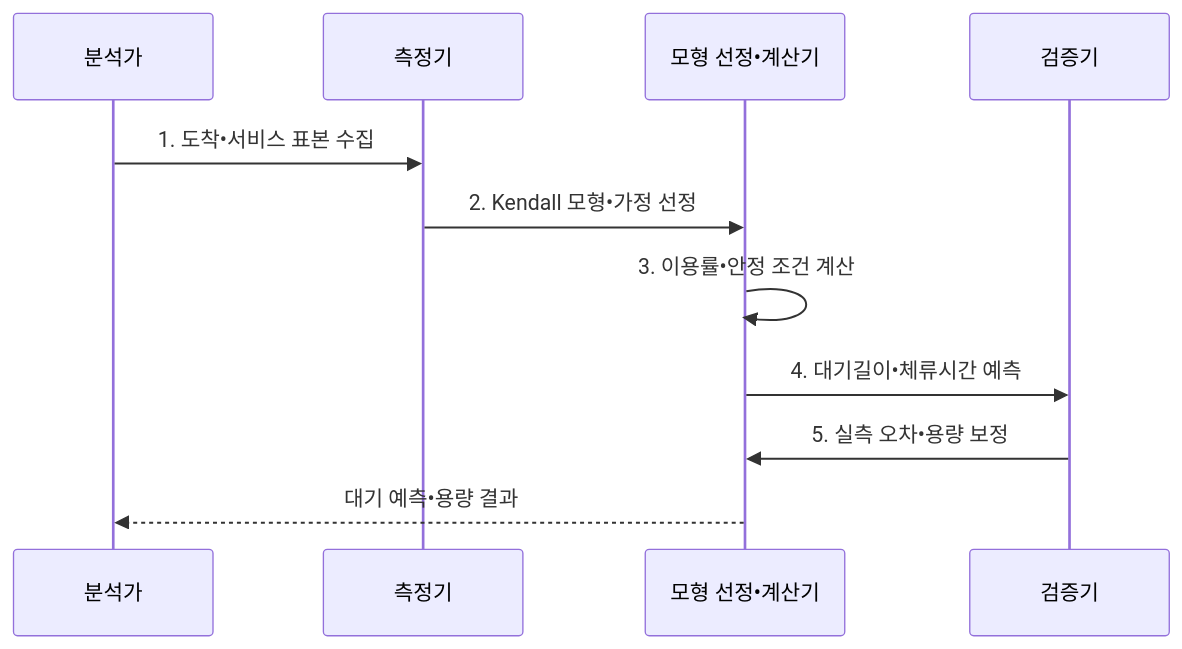
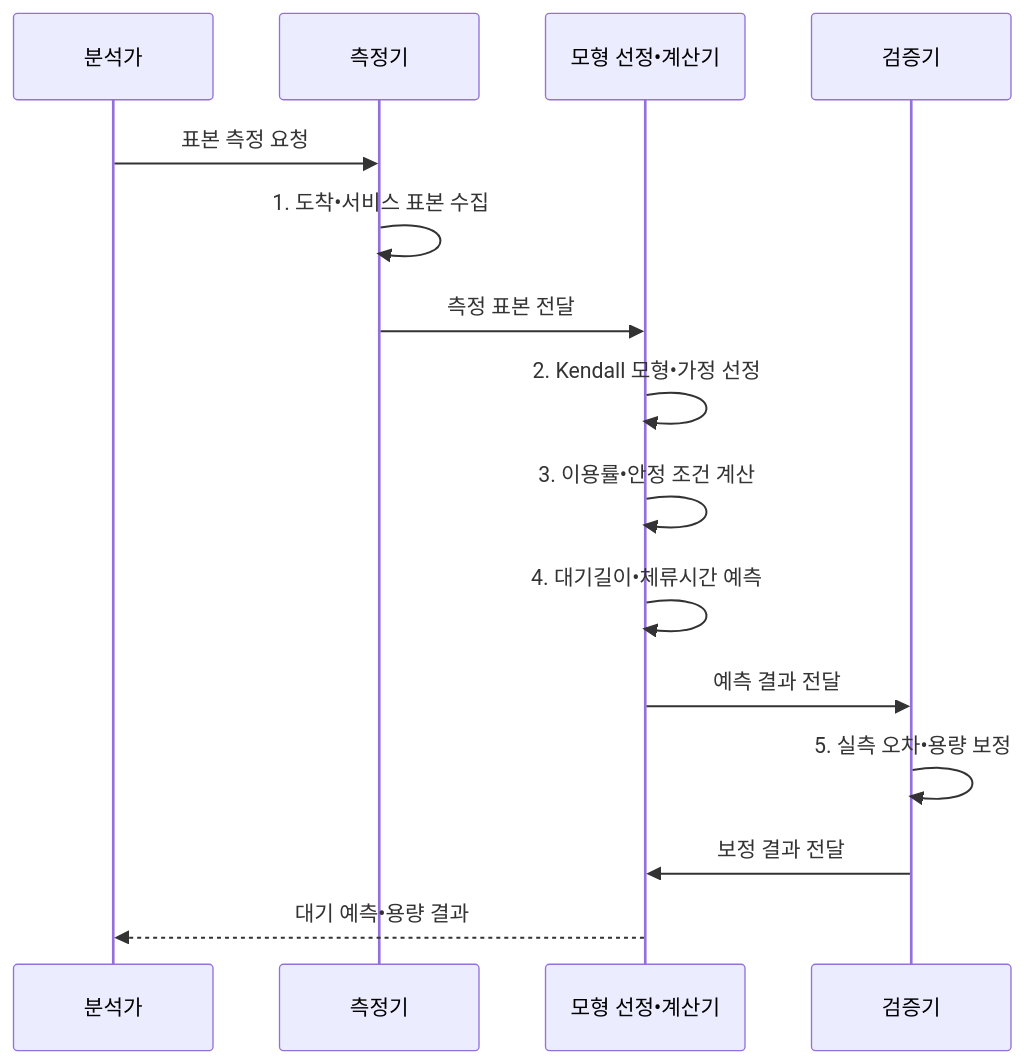
The second of 2 diagrams in src/content/docs/notes/06-evaluation/003_queuing_theory.md (agnusdei1207/knowledge-base), drawn with Mermaid before and after one commit. The commit also changed other lines of this file and 20 other files, not shown here.

````diff
--- a/src/content/docs/notes/06-evaluation/003_queuing_theory.md
+++ b/src/content/docs/notes/06-evaluation/003_queuing_theory.md
@@ -111,13 +111,17 @@
 ```mermaid
 sequenceDiagram
   participant A as 분석가
   participant M as 측정기
-    participant C as 모형 선정•계산기
+  participant C as 모형 선정•계산기
   participant V as 검증기
-  A->>M: 1. 도착•서비스 표본 수집
-    M->>C: 2. Kendall 모형•가정 선정
-    C->>C: 3. 이용률•안정 조건 계산
-  C->>V: 4. 대기길이•체류시간 예측
-  V->>C: 5. 실측 오차•용량 보정
+  A->>M: 표본 측정 요청
+  M->>M: 1. 도착•서비스 표본 수집
+  M->>C: 측정 표본 전달
+  C->>C: 2. Kendall 모형•가정 선정
+  C->>C: 3. 이용률•안정 조건 계산
+  C->>C: 4. 대기길이•체류시간 예측
+  C->>V: 예측 결과 전달
+  V->>V: 5. 실측 오차•용량 보정
+  V->>C: 보정 결과 전달
   C-->>A: 대기 예측•용량 결과
 ```
````
